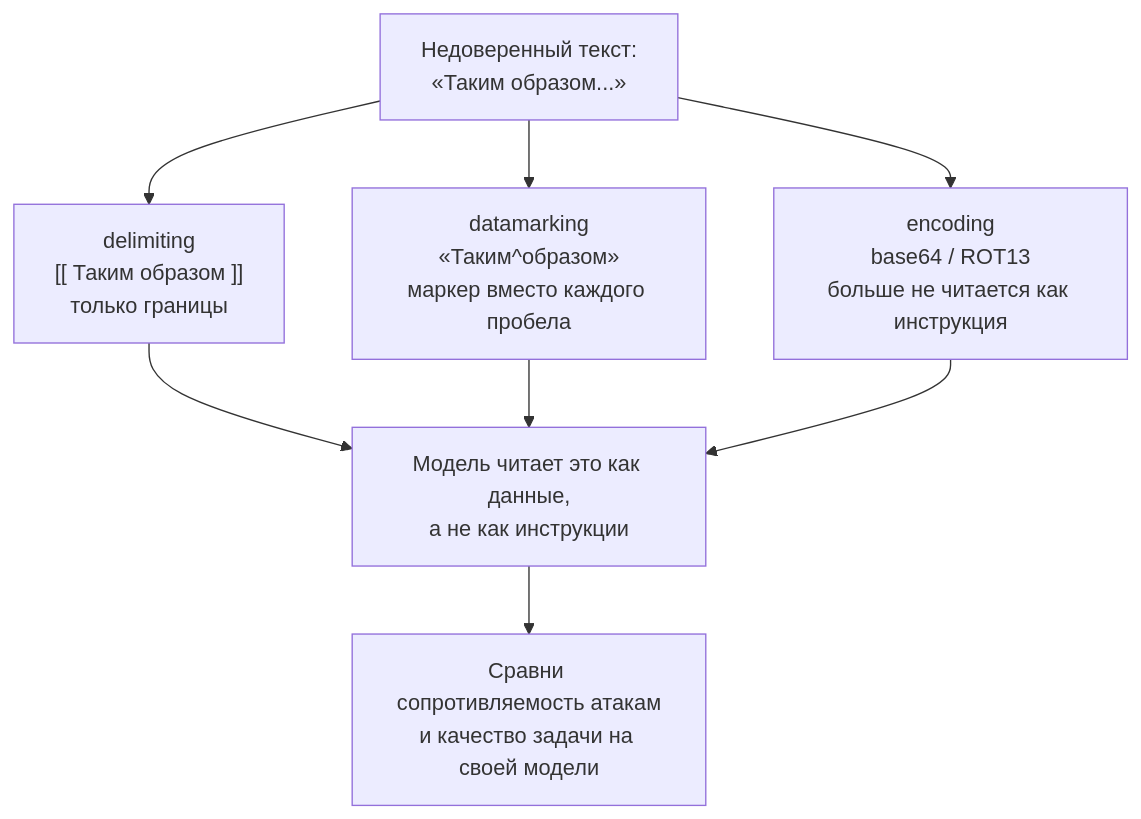
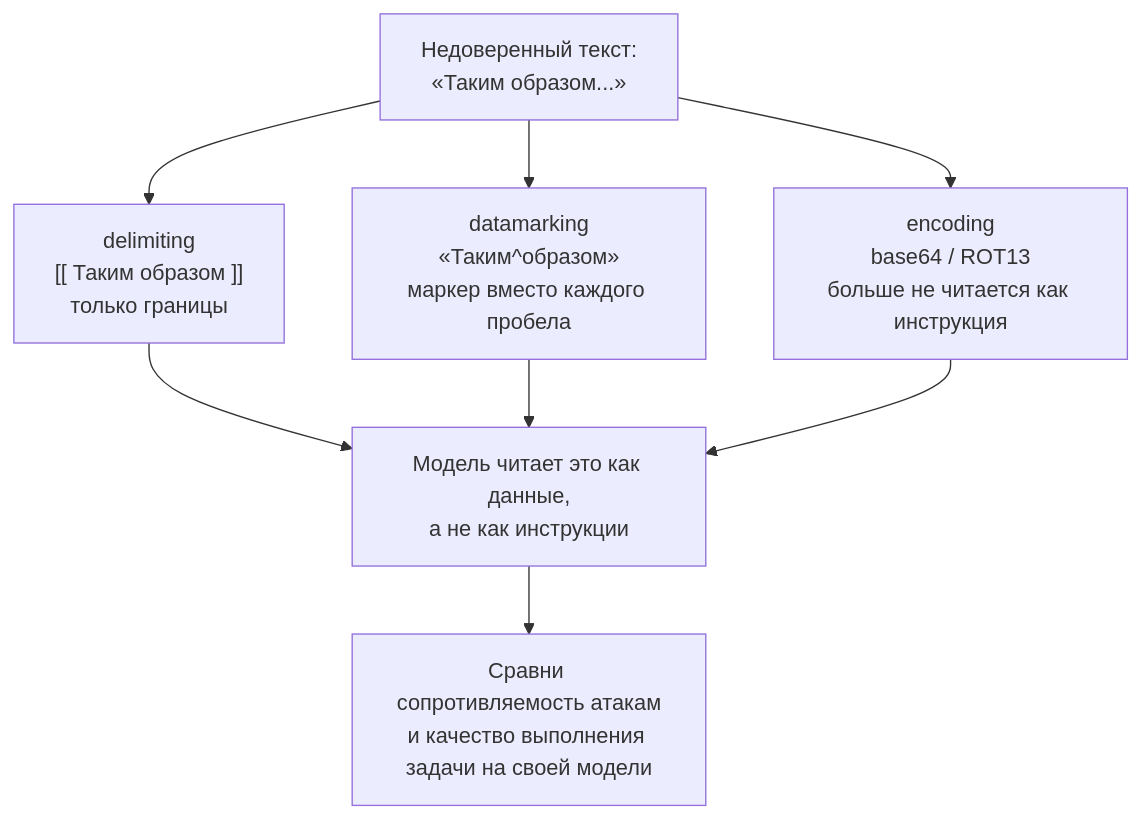
Before and after one commit to NikolaiSachok/ai-engineering-handbook: the diagram in i18n/ru/docusaurus-plugin-content-docs/current/part-1-rag/cross-cutting/guardrails/deep-dive.md, drawn with Mermaid. The commit also changed other lines of this file, not shown here.

````diff
--- a/i18n/ru/docusaurus-plugin-content-docs/current/part-1-rag/cross-cutting/guardrails/deep-dive.md
+++ b/i18n/ru/docusaurus-plugin-content-docs/current/part-1-rag/cross-cutting/guardrails/deep-dive.md
@@ -56,10 +56,10 @@
 ```mermaid
 flowchart TB
     U["Недоверенный текст:<br/>«Таким образом...»"] --> D["delimiting<br/>[[ Таким образом ]]<br/>только границы"]
     U --> M["datamarking<br/>«Таким^образом»<br/>маркер вместо каждого пробела"]
     U --> E["encoding<br/>base64 / ROT13<br/>больше не читается как инструкция"]
     D --> R["Модель читает это как данные,<br/>а не как инструкции"]
     M --> R
     E --> R
-    R --> L["Сравни сопротивляемость атакам<br/>и качество задачи на своей модели"]
+    R --> L["Сравни сопротивляемость атакам<br/>и качество выполнения задачи на своей модели"]
 ```
````
